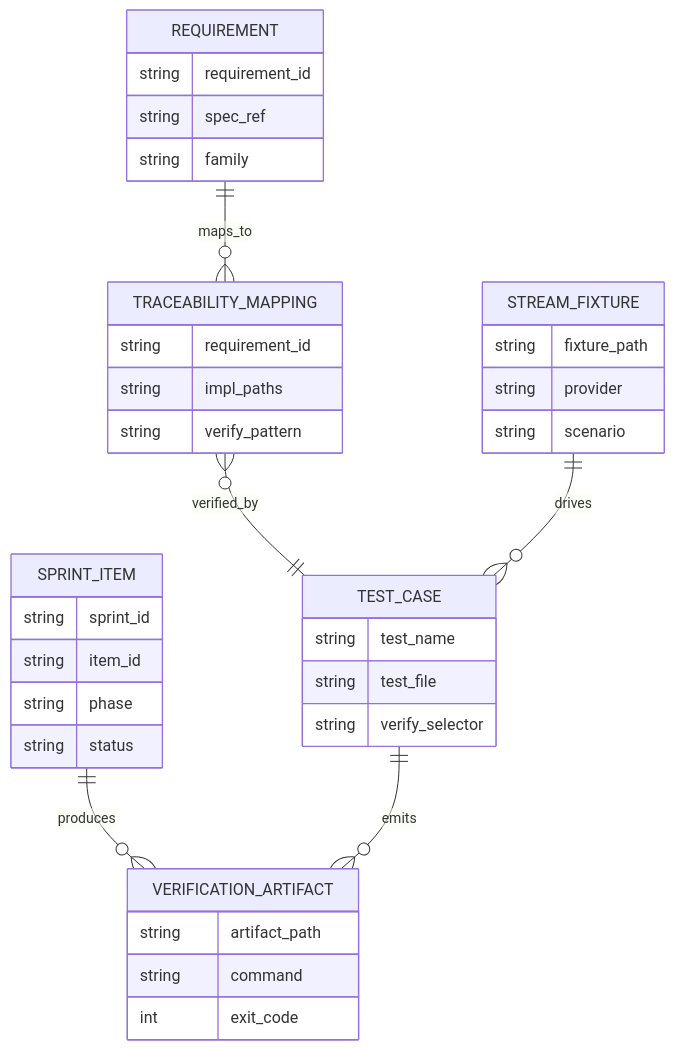
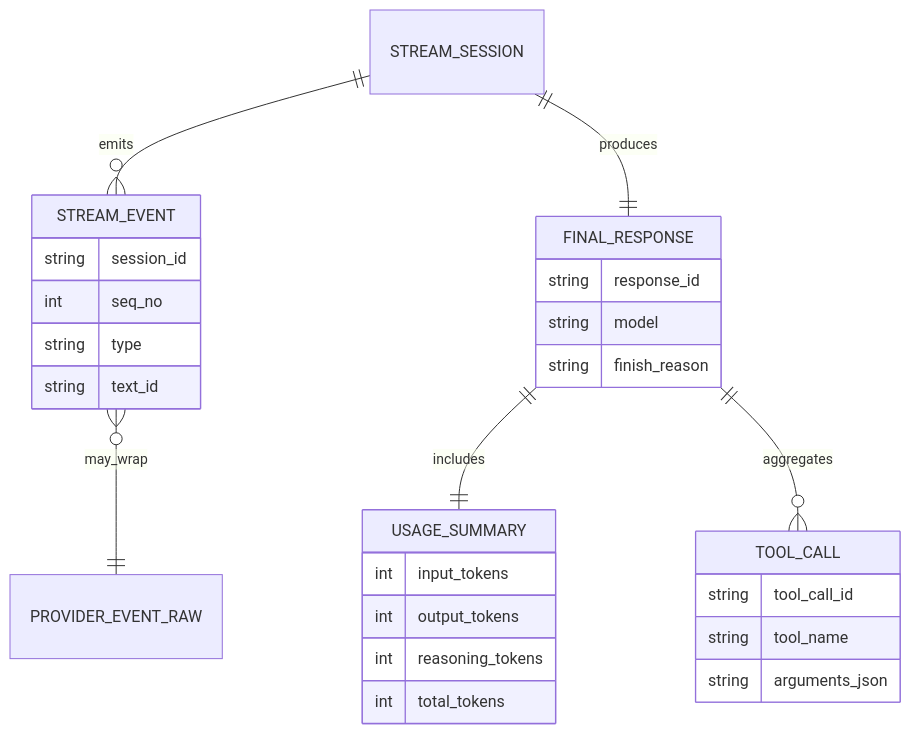
The second of 5 diagrams in docs/sprints/SPRINT-005-comprehensive-implementation-plan.md (jaytaylor/attractor-tcl), drawn with Mermaid before and after one commit. The commit also changed other lines of this file, not shown here.

Commit message:
docs: rewrite sprint 005 comprehensive implementation plan

````diff
--- a/docs/sprints/SPRINT-005-comprehensive-implementation-plan.md
+++ b/docs/sprints/SPRINT-005-comprehensive-implementation-plan.md
@@ -730,45 +457,30 @@
 ```mermaid
 erDiagram
-  SPRINT_ITEM ||--o{ VERIFICATION_ARTIFACT : produces
-  REQUIREMENT ||--o{ TRACEABILITY_MAPPING : maps_to
-  TRACEABILITY_MAPPING }o--|| TEST_CASE : verified_by
-  TEST_CASE ||--o{ VERIFICATION_ARTIFACT : emits
-  STREAM_FIXTURE ||--o{ TEST_CASE : drives
-
-  SPRINT_ITEM {
-    string sprint_id
-    string item_id
-    string phase
-    string status
+  STREAM_SESSION ||--o{ STREAM_EVENT : emits
+  STREAM_SESSION ||--|| FINAL_RESPONSE : produces
+  FINAL_RESPONSE ||--|| USAGE_SUMMARY : includes
+  FINAL_RESPONSE ||--o{ TOOL_CALL : aggregates
+  STREAM_EVENT }o--|| PROVIDER_EVENT_RAW : may_wrap
+  STREAM_EVENT {
+    string session_id
+    int seq_no
+    string type
+    string text_id
   }
-
-  REQUIREMENT {
-    string requirement_id
-    string spec_ref
-    string family
+  FINAL_RESPONSE {
+    string response_id
+    string model
+    string finish_reason
   }
-
-  TRACEABILITY_MAPPING {
-    string requirement_id
-    string impl_paths
-    string verify_pattern
+  TOOL_CALL {
+    string tool_call_id
+    string tool_name
+    string arguments_json
   }
-
-  TEST_CASE {
-    string test_name
-    string test_file
-    string verify_selector
-  }
-
-  STREAM_FIXTURE {
-    string fixture_path
-    string provider
-    string scenario
-  }
-
-  VERIFICATION_ARTIFACT {
-    string artifact_path
-    string command
-    int exit_code
+  USAGE_SUMMARY {
+    int input_tokens
+    int output_tokens
+    int reasoning_tokens
+    int total_tokens
   }
 ```
````
